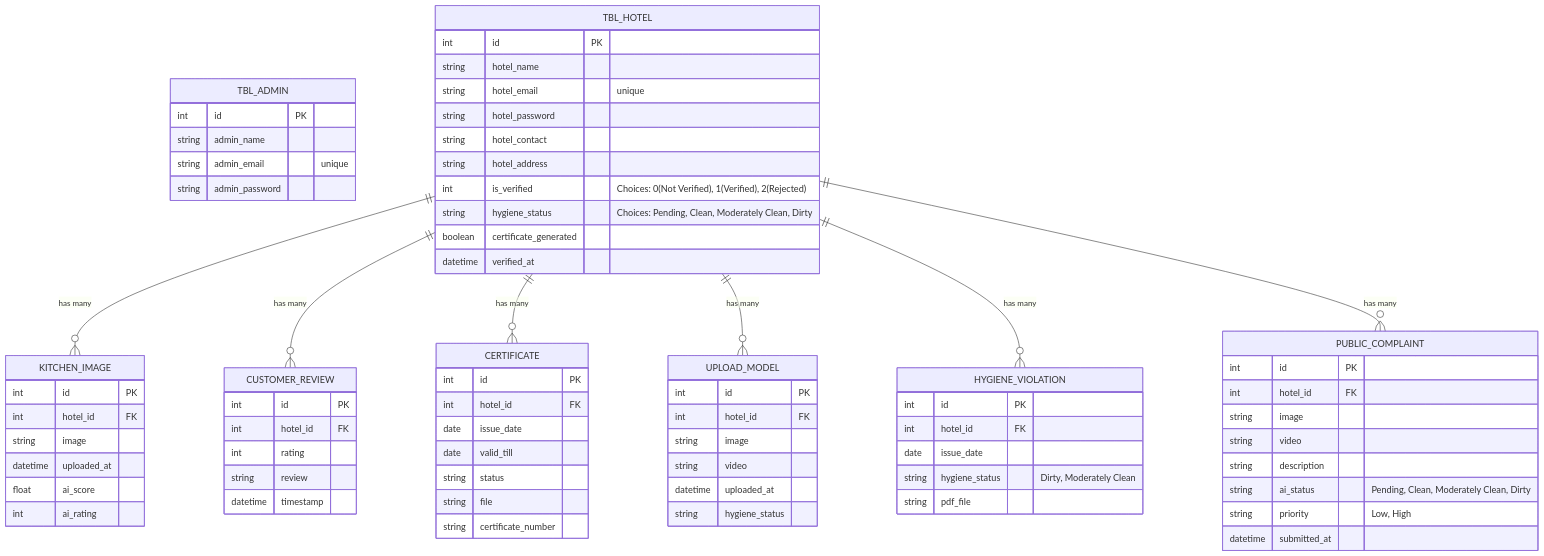
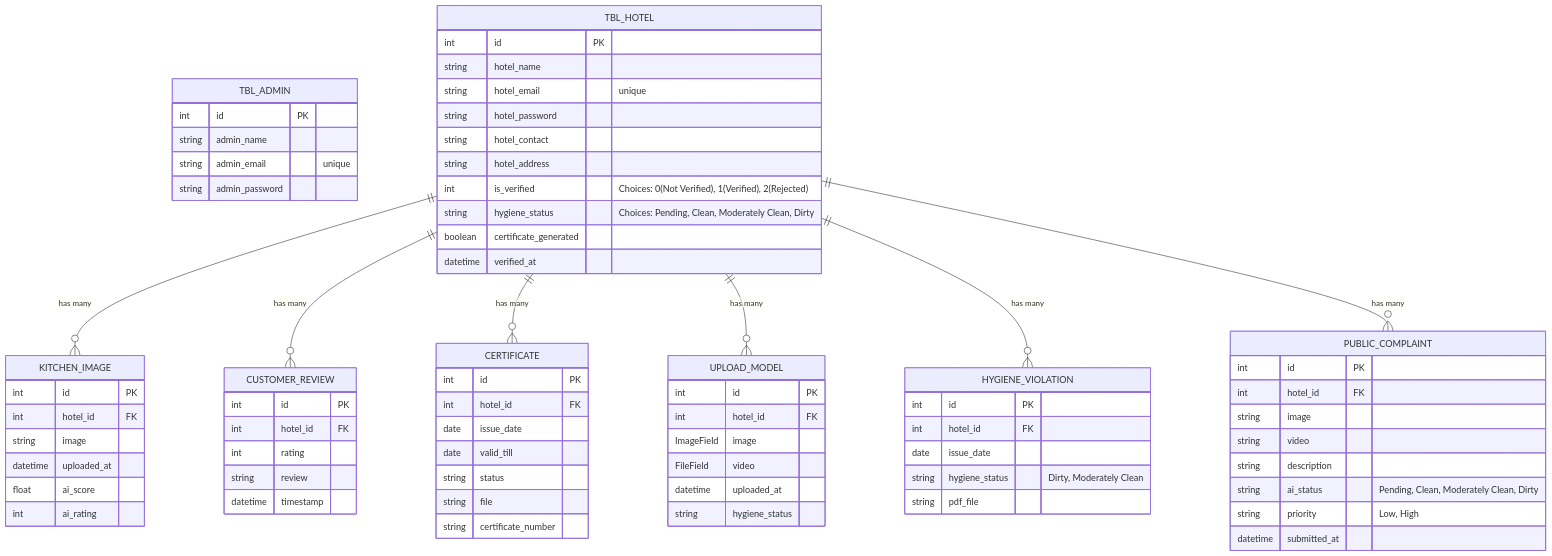
Before and after one commit to NandhuSivadas/KitchenHygiene: the diagram in Documentation/database_design.md, drawn with Mermaid. The commit also changed 113 other files, not shown here.

```diff
--- a/Documentation/database_design.md
+++ b/Documentation/database_design.md
@@ -57,8 +57,8 @@
     UPLOAD_MODEL {
         int id PK
         int hotel_id FK
-        string image
-        string video
+        ImageField image
+        FileField video
         datetime uploaded_at
         string hygiene_status
     }
```
